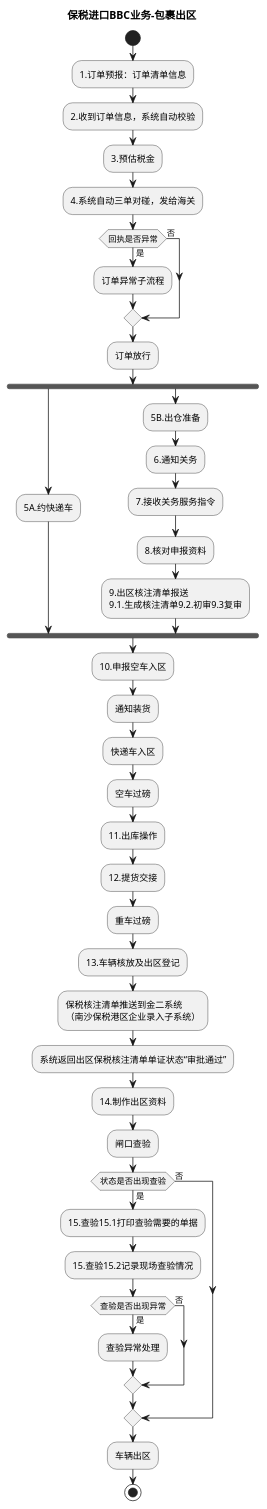
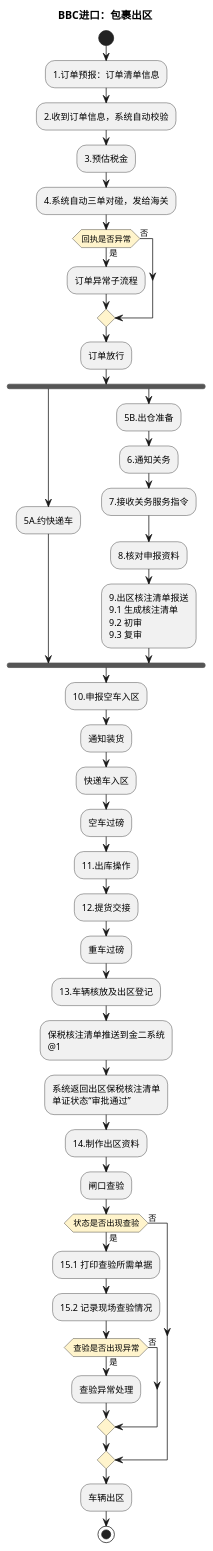
Before and after one commit to jack888332/projects-doc: the fifth of 12 diagrams in product-caliber/goldjet/segmented-prd/mainflow/PRD.高捷物流系统一期.主流程.06.跨境电商BBC进口详细流程.md, drawn with PlantUML. The commit also changed other lines of this file and 20 other files, not shown here.

Commit message:
优化流程表对应的DLS图

````diff
--- a/product-caliber/goldjet/segmented-prd/mainflow/PRD.高捷物流系统一期.主流程.06.跨境电商BBC进口详细流程.md
+++ b/product-caliber/goldjet/segmented-prd/mainflow/PRD.高捷物流系统一期.主流程.06.跨境电商BBC进口详细流程.md
@@ -192,47 +205,48 @@
 ```plantuml
 @startuml
-title 保税进口BBC业务-包裹出区
+skinparam activityDiamondBackgroundColor #FFF4CC
+title BBC进口：包裹出区
 start
 :1.订单预报：订单清单信息;
 :2.收到订单信息，系统自动校验;
 :3.预估税金;
 :4.系统自动三单对碰，发给海关;
 if (回执是否异常) then (是)
   :订单异常子流程;
 else (否)
 endif
 :订单放行;
 fork
   :5A.约快递车;
 fork again
   :5B.出仓准备;
   :6.通知关务;
   :7.接收关务服务指令;
   :8.核对申报资料;
-  :9.出区核注清单报送\n9.1.生成核注清单9.2.初审9.3复审;
+  :9.出区核注清单报送\n9.1 生成核注清单\n9.2 初审\n9.3 复审;
 end fork
 :10.申报空车入区;
 :通知装货;
 :快递车入区;
 :空车过磅;
 :11.出库操作;
 :12.提货交接;
 :重车过磅;
 :13.车辆核放及出区登记;
-:保税核注清单推送到金二系统\n（南沙保税港区企业录入子系统）;
-:系统返回出区保税核注清单单证状态“审批通过”;
+:保税核注清单推送到金二系统\n@1;
+:系统返回出区保税核注清单\n单证状态“审批通过”;
 :14.制作出区资料;
 :闸口查验;
 if (状态是否出现查验) then (是)
-  :15.查验15.1打印查验需要的单据;
-  :15.查验15.2记录现场查验情况;
+  :15.1 打印查验所需单据;
+  :15.2 记录现场查验情况;
   if (查验是否出现异常) then (是)
     :查验异常处理;
   else (否)
   endif
 else (否)
 endif
 :车辆出区;
 stop
 @enduml
 ```
````
